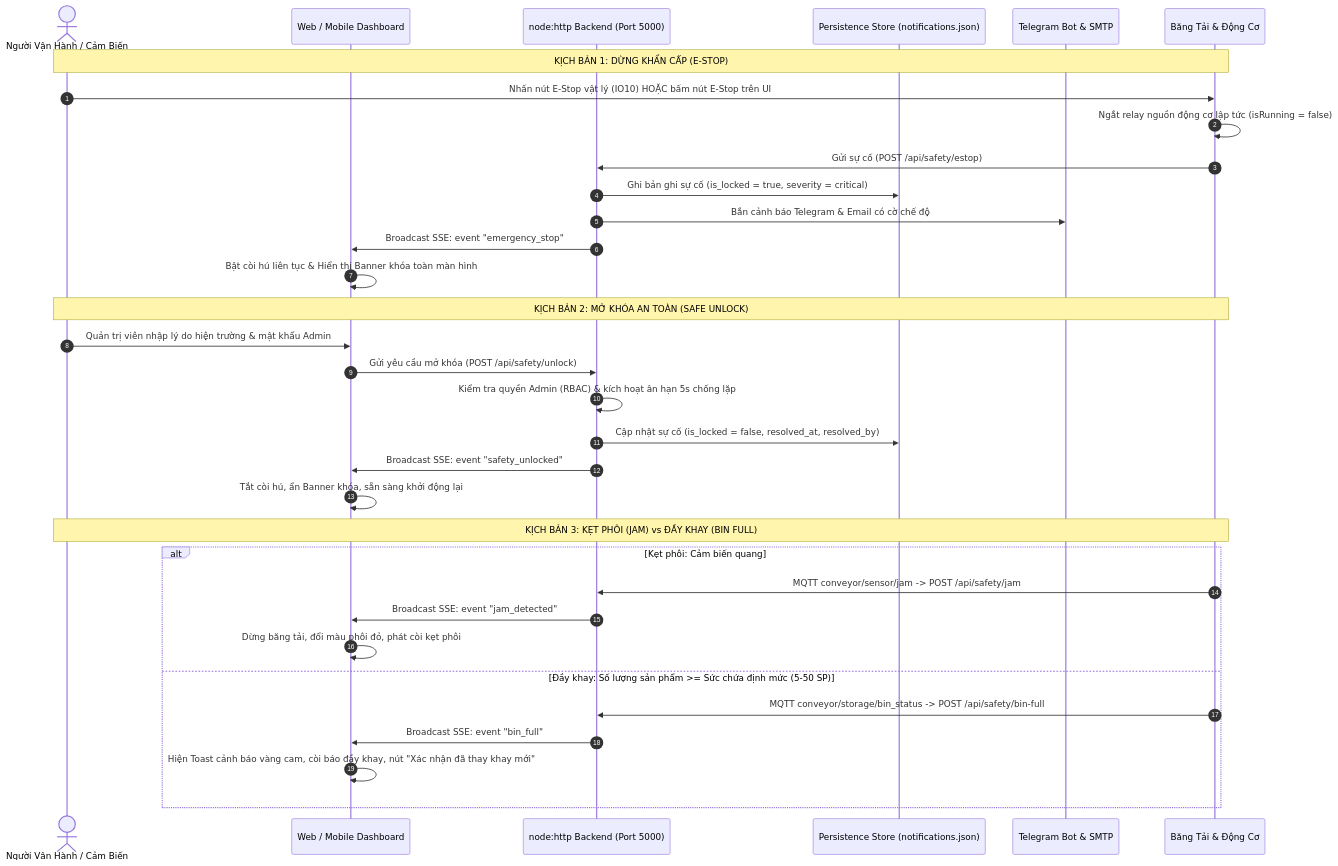
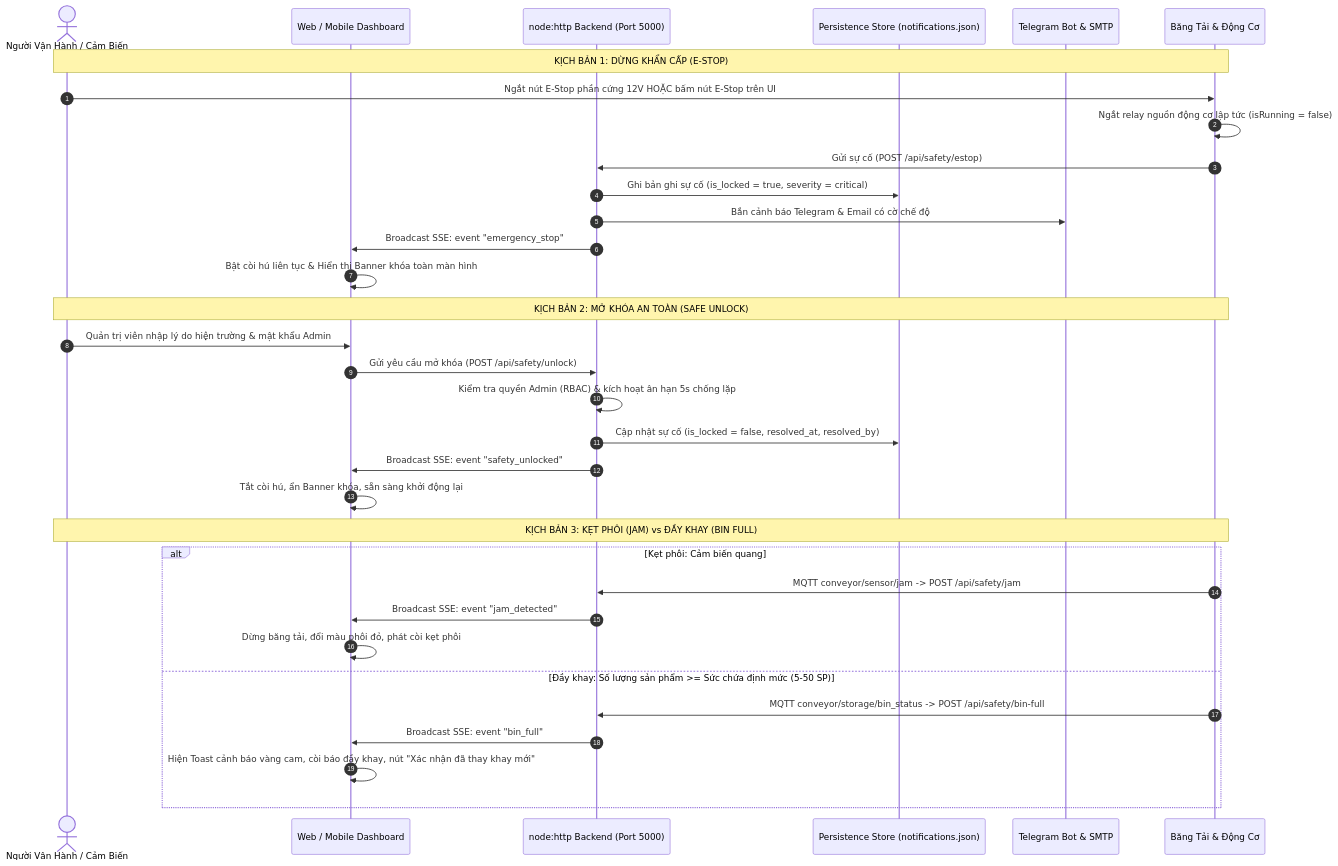
Before and after one commit to duyphong375/PBL3-SortiX-Med: the second of 6 diagrams in SortiX-Dashboard/README.md, drawn with Mermaid. The commit also changed other lines of this file and 3111 other files, not shown here.

````diff
--- a/SortiX-Dashboard/README.md
+++ b/SortiX-Dashboard/README.md
@@ -448,38 +453,38 @@
 ```mermaid
 sequenceDiagram
     autonumber
     actor Operator as Người Vận Hành / Cảm Biến
     participant Client as Web / Mobile Dashboard
     participant Backend as node:http Backend (Port 5000)
     participant DB as Persistence Store (notifications.json)
     participant Alerts as Telegram Bot & SMTP
     participant Hardware as Băng Tải & Động Cơ
 
     Note over Operator,Hardware: KỊCH BẢN 1: DỪNG KHẨN CẤP (E-STOP)
-    Operator->>Hardware: Nhấn nút E-Stop vật lý (IO10) HOẶC bấm nút E-Stop trên UI
+    Operator->>Hardware: Ngắt nút E-Stop phần cứng 12V HOẶC bấm nút E-Stop trên UI
     Hardware->>Hardware: Ngắt relay nguồn động cơ lập tức (isRunning = false)
     Hardware->>Backend: Gửi sự cố (POST /api/safety/estop)
     Backend->>DB: Ghi bản ghi sự cố (is_locked = true, severity = critical)
     Backend->>Alerts: Bắn cảnh báo Telegram & Email có cờ chế độ
     Backend->>Client: Broadcast SSE: event "emergency_stop"
     Client->>Client: Bật còi hú liên tục & Hiển thị Banner khóa toàn màn hình
 
     Note over Operator,Hardware: KỊCH BẢN 2: MỞ KHÓA AN TOÀN (SAFE UNLOCK)
     Operator->>Client: Quản trị viên nhập lý do hiện trường & mật khẩu Admin
     Client->>Backend: Gửi yêu cầu mở khóa (POST /api/safety/unlock)
     Backend->>Backend: Kiểm tra quyền Admin (RBAC) & kích hoạt ân hạn 5s chống lặp
     Backend->>DB: Cập nhật sự cố (is_locked = false, resolved_at, resolved_by)
     Backend->>Client: Broadcast SSE: event "safety_unlocked"
     Client->>Client: Tắt còi hú, ẩn Banner khóa, sẵn sàng khởi động lại
 
     Note over Operator,Hardware: KỊCH BẢN 3: KẸT PHÔI (JAM) vs ĐẦY KHAY (BIN FULL)
     alt Kẹt phôi: Cảm biến quang #02 che khuất liên tục > 5 giây
         Hardware->>Backend: MQTT conveyor/sensor/jam -> POST /api/safety/jam
         Backend->>Client: Broadcast SSE: event "jam_detected"
         Client->>Client: Dừng băng tải, đổi màu phôi đỏ, phát còi kẹt phôi
     else Đầy khay: Số lượng sản phẩm >= Sức chứa định mức (5-50 SP)
         Hardware->>Backend: MQTT conveyor/storage/bin_status -> POST /api/safety/bin-full
         Backend->>Client: Broadcast SSE: event "bin_full"
         Client->>Client: Hiện Toast cảnh báo vàng cam, còi báo đầy khay, nút "Xác nhận đã thay khay mới"
     end
 ```
````
